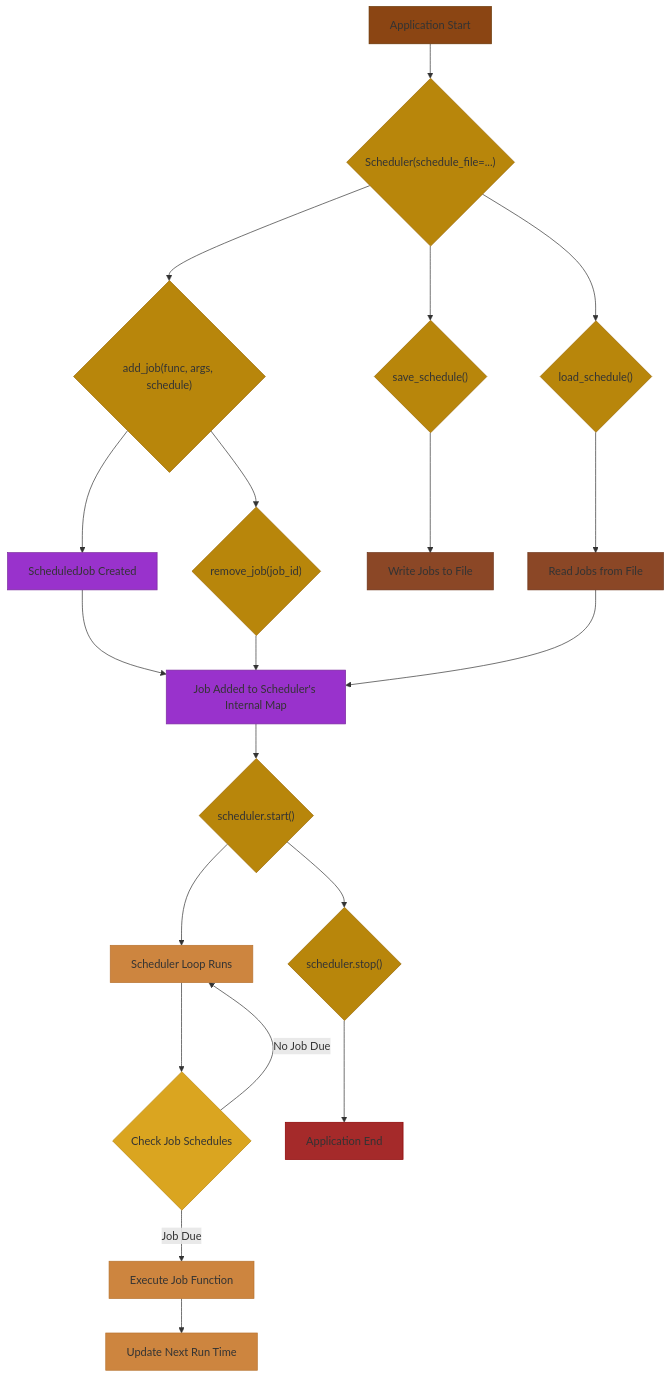
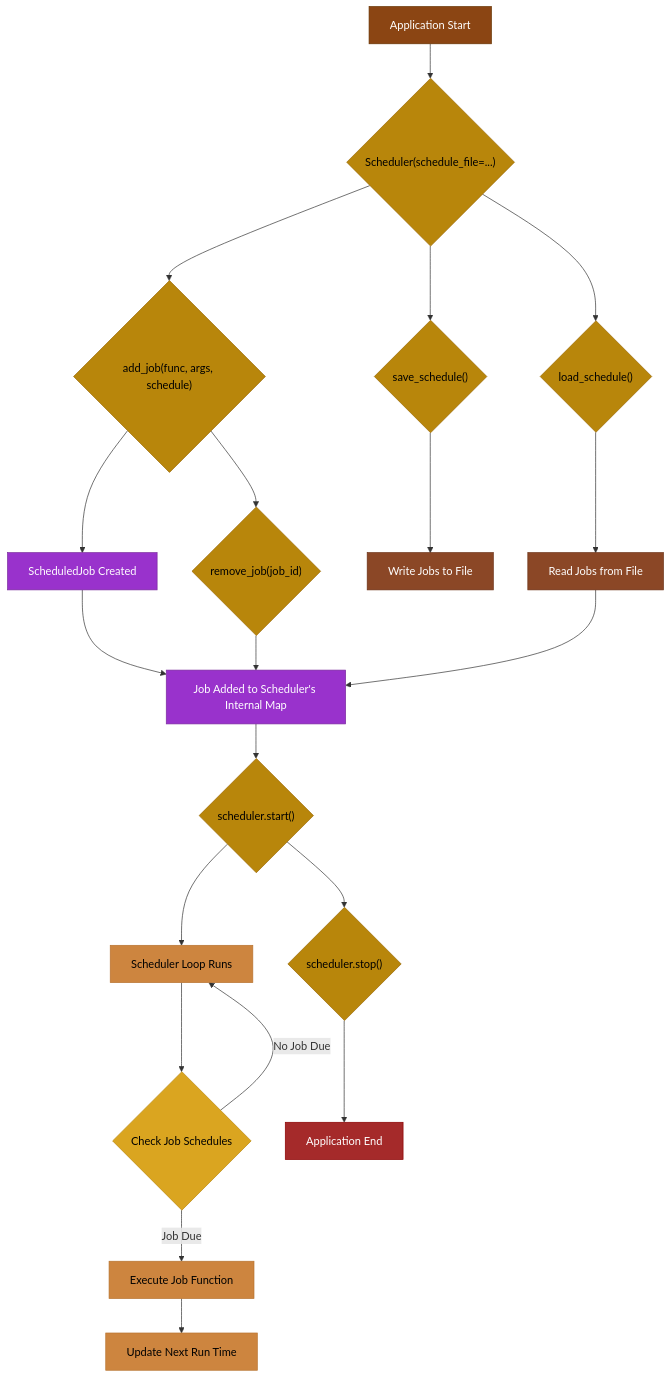
The first of 2 diagrams in docs/cookbook/2_scheduling_jobs.md (ikko/sym), drawn with Mermaid before and after one commit.

Commit message:
fine tune colors

````diff
--- a/docs/cookbook/2_scheduling_jobs.md
+++ b/docs/cookbook/2_scheduling_jobs.md
@@ -154,42 +154,42 @@
 ```mermaid
 
 graph TD
     A[Application Start] --> B{Scheduler#40;schedule_file=...#41;}
     B --> C{add_job#40;func, args, schedule#41;}
     C --> D[ScheduledJob Created]
     D --> E[Job Added to Scheduler's Internal Map]
     E --> F{scheduler.start#40;#41;}
     F --> G[Scheduler Loop Runs]
     G --> H{Check Job Schedules}
     H -- Job Due --> I[Execute Job Function]
     I --> J[Update Next Run Time]
     H -- No Job Due --> G
     F --> K{scheduler.stop#40;#41;}
     K --> L[Application End]
     C --> M{remove_job#40;job_id#41;}
     M --> E
     B --> N{save_schedule#40;#41;}
     N --> O[Write Jobs to File]
     B --> P{load_schedule#40;#41;}
     P --> Q[Read Jobs from File]
     Q --> E
 
     %% Style definitions - Warm, dark color scheme with fine gradients
-    classDef start fill:#8B4513,stroke:#663300,color:white        %% Dark sienna
-    classDef end_ fill:#A52A2A,stroke:#8B0000,color:white         %% Brown/dark red
-    classDef method fill:#B8860B,stroke:#996600,color:white       %% Dark goldenrod
-    classDef job fill:#9932CC,stroke:#7B2C9D,color:white          %% Dark orchid
-    classDef loop fill:#CD853F,stroke:#B8732F,color:white         %% Peru warm brown#41
-    classDef check fill:#DAA520,stroke:#B8860B,color:black        %% Goldenrod
-    classDef file fill:#8B4726,stroke:#6B3015,color:white         %% Saddle brown
+    classDef start fill:#8B4513,stroke:#663300,color:white
+    classDef end_ fill:#A52A2A,stroke:#8B0000,color:white 
+    classDef method fill:#B8860B,stroke:#996600,color:black
+    classDef job fill:#9932CC,stroke:#7B2C9D,color:white
+    classDef loop fill:#CD853F,stroke:#B8732F,color:black
+    classDef check fill:#DAA520,stroke:#B8860B,color:black
+    classDef file fill:#8B4726,stroke:#6B3015,color:white
 
     %% Apply styles
     class A start
     class L end_
     class B,C,F,K,M,N,P method
     class D,E job
     class G,I,J loop
     class H check
     class O,Q file
 
 ```
````
